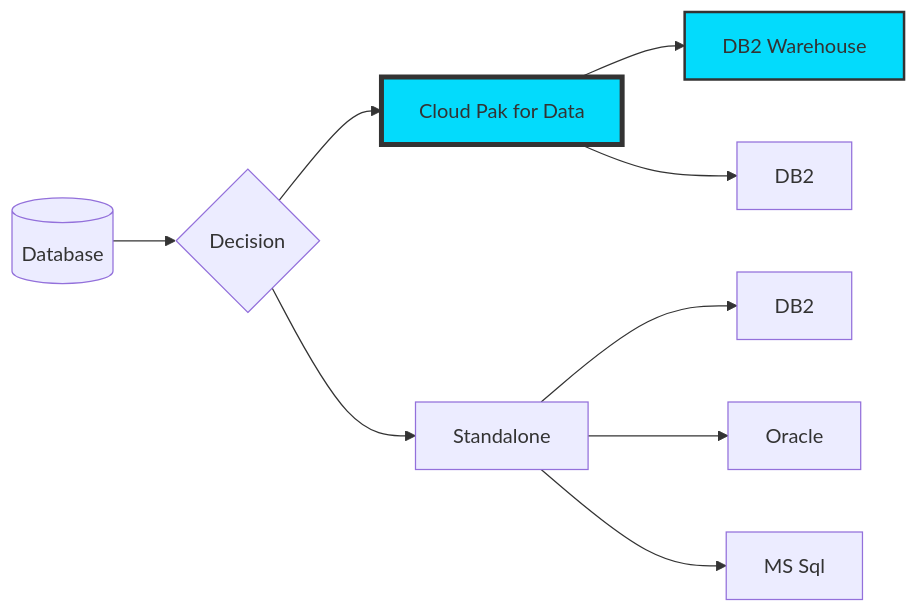
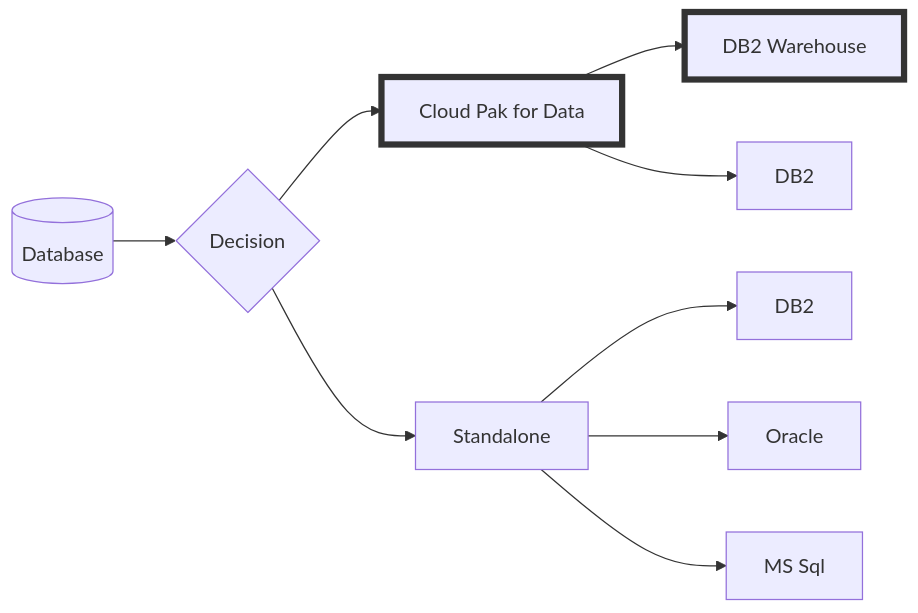
Before and after one commit to IBM/my-tas-cookbook: the second of 4 diagrams in IBM_Tririga_Application_Suite_11_3_ROKS.md, drawn with Mermaid. The commit also changed other lines of this file, not shown here.

````diff
--- a/IBM_Tririga_Application_Suite_11_3_ROKS.md
+++ b/IBM_Tririga_Application_Suite_11_3_ROKS.md
@@ -105,12 +106,12 @@
 ```mermaid
 flowchart LR
     id1[(Database)] --> B{Decision}
     B --> D[Cloud Pak for Data] --> C[DB2 Warehouse]
     D --> F[DB2]
     B --> E[Standalone]
     E --> G[DB2]
     E --> H[Oracle]
     E --> I[MS Sql]
-    style C fill:#03dbfc,stroke:#333,stroke-width:2px
-    style D fill:#03dbfc,stroke:#333,stroke-width:4px
+    style C stroke:#333,stroke-width:5px
+    style D stroke:#333,stroke-width:5px
 ```
````
